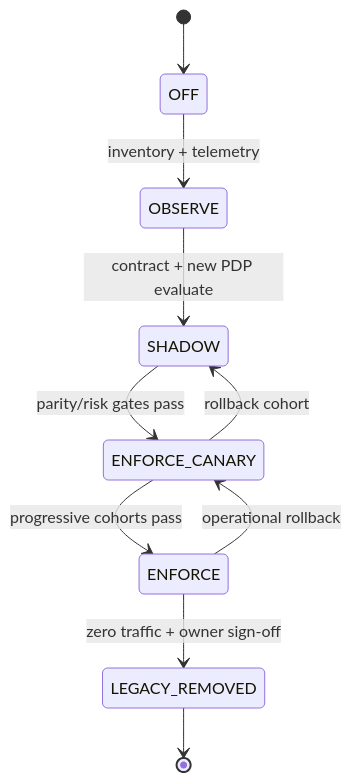
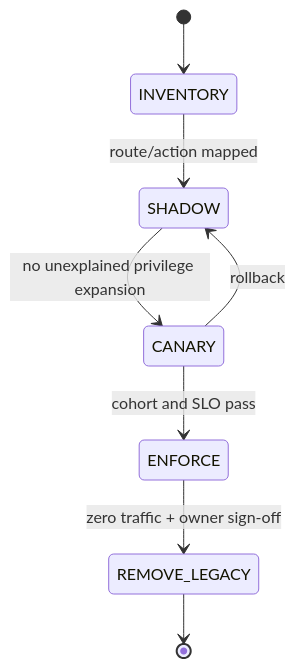
One commit to huynv-xyz/vhm changed the ninth of 9 diagrams in zero-trust.md. Above: the diagram before and after it, drawn with Mermaid. The commit also changed other lines of this file, not shown here.

````diff
--- a/zero-trust.md
+++ b/zero-trust.md
@@ -1529,12 +1045,10 @@
 ```mermaid
 stateDiagram-v2
-    [*] --> OFF
-    OFF --> OBSERVE: inventory + telemetry
-    OBSERVE --> SHADOW: contract + new PDP evaluate
-    SHADOW --> ENFORCE_CANARY: parity/risk gates pass
-    ENFORCE_CANARY --> SHADOW: rollback cohort
-    ENFORCE_CANARY --> ENFORCE: progressive cohorts pass
-    ENFORCE --> ENFORCE_CANARY: operational rollback
-    ENFORCE --> LEGACY_REMOVED: zero traffic + owner sign-off
-    LEGACY_REMOVED --> [*]
+    [*] --> INVENTORY
+    INVENTORY --> SHADOW: route/action mapped
+    SHADOW --> CANARY: no unexplained privilege expansion
+    CANARY --> ENFORCE: cohort and SLO pass
+    CANARY --> SHADOW: rollback
+    ENFORCE --> REMOVE_LEGACY: zero traffic + owner sign-off
+    REMOVE_LEGACY --> [*]
 ```
````
